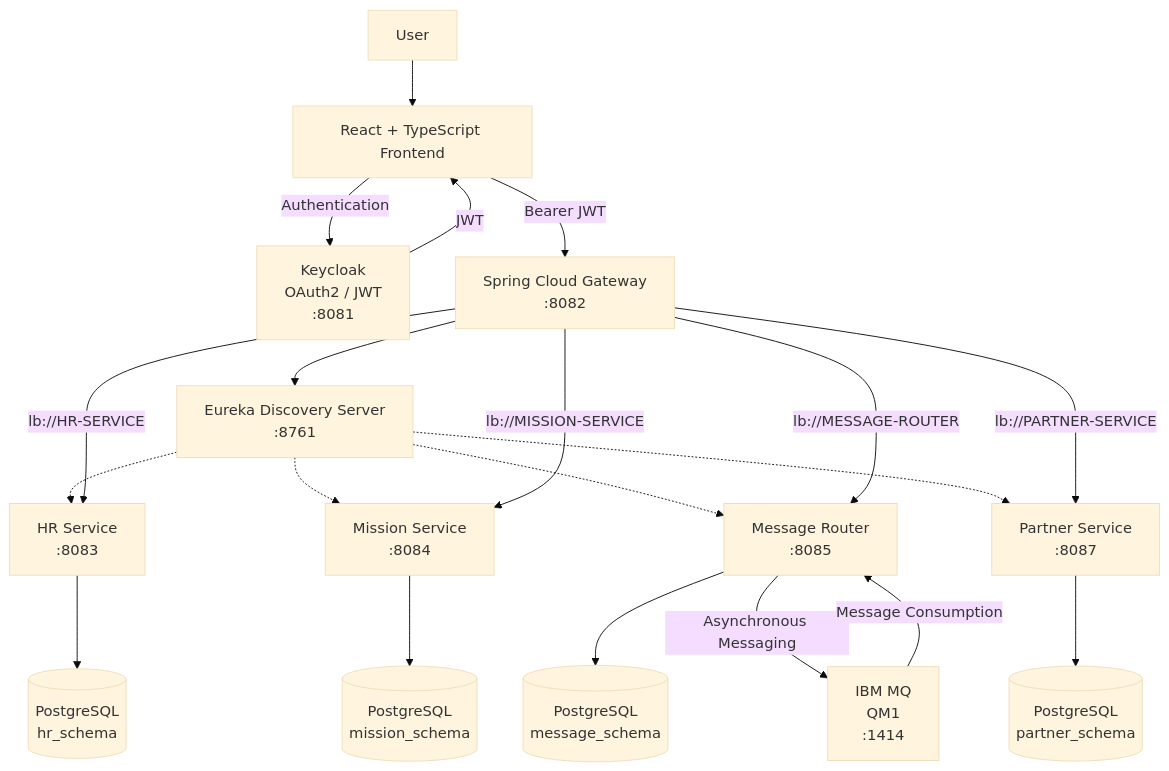
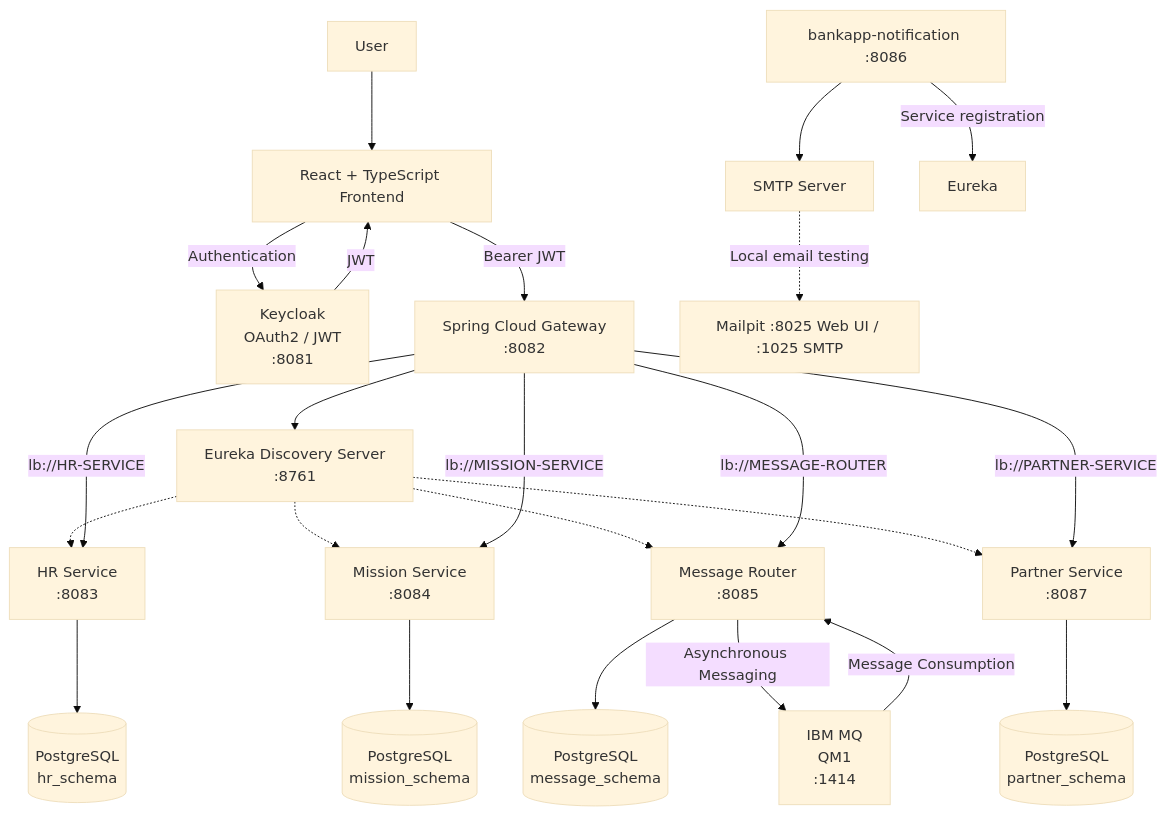
Before and after one commit to youssefJmaiel/bankapp-microservice: the diagram in README.md, drawn with Mermaid (base theme). The commit also changed other lines of this file, not shown here.

Commit message:
docs: update README with notification microservice

````diff
--- a/README.md
+++ b/README.md
@@ -77,51 +77,58 @@
 ```mermaid
 flowchart TB
 
     USER["User"]
 
     FRONT["React + TypeScript Frontend"]
 
     KC["Keycloak<br/>OAuth2 / JWT<br/>:8081"]
 
     GW["Spring Cloud Gateway<br/>:8082"]
 
     EUREKA["Eureka Discovery Server<br/>:8761"]
 
     HR["HR Service<br/>:8083"]
     MISSION["Mission Service<br/>:8084"]
     MSG["Message Router<br/>:8085"]
     PARTNER["Partner Service<br/>:8087"]
 
     HRDB[("PostgreSQL<br/>hr_schema")]
     MISSIONDB[("PostgreSQL<br/>mission_schema")]
     MSGDB[("PostgreSQL<br/>message_schema")]
     PARTNERDB[("PostgreSQL<br/>partner_schema")]
 
     MQ["IBM MQ<br/>QM1<br/>:1414"]
 
     USER --> FRONT
     FRONT -->|"Authentication"| KC
     KC -->|"JWT"| FRONT
 
     FRONT -->|"Bearer JWT"| GW
 
     GW --> EUREKA
 
     EUREKA -.-> HR
     EUREKA -.-> MISSION
     EUREKA -.-> MSG
     EUREKA -.-> PARTNER
 
     GW -->|"lb://HR-SERVICE"| HR
     GW -->|"lb://MISSION-SERVICE"| MISSION
     GW -->|"lb://MESSAGE-ROUTER"| MSG
     GW -->|"lb://PARTNER-SERVICE"| PARTNER
 
     HR --> HRDB
     MISSION --> MISSIONDB
     MSG --> MSGDB
     PARTNER --> PARTNERDB
 
     MSG -->|"Asynchronous Messaging"| MQ
     MQ -->|"Message Consumption"| MSG
+
+    Notification[bankapp-notification :8086]
+    SMTP[SMTP Server]
+    Mailpit[Mailpit :8025 Web UI / :1025 SMTP]
+    Notification -->|Service registration| Eureka
+    Notification --> SMTP
+    SMTP -. Local email testing .-> Mailpit
 ```
````
